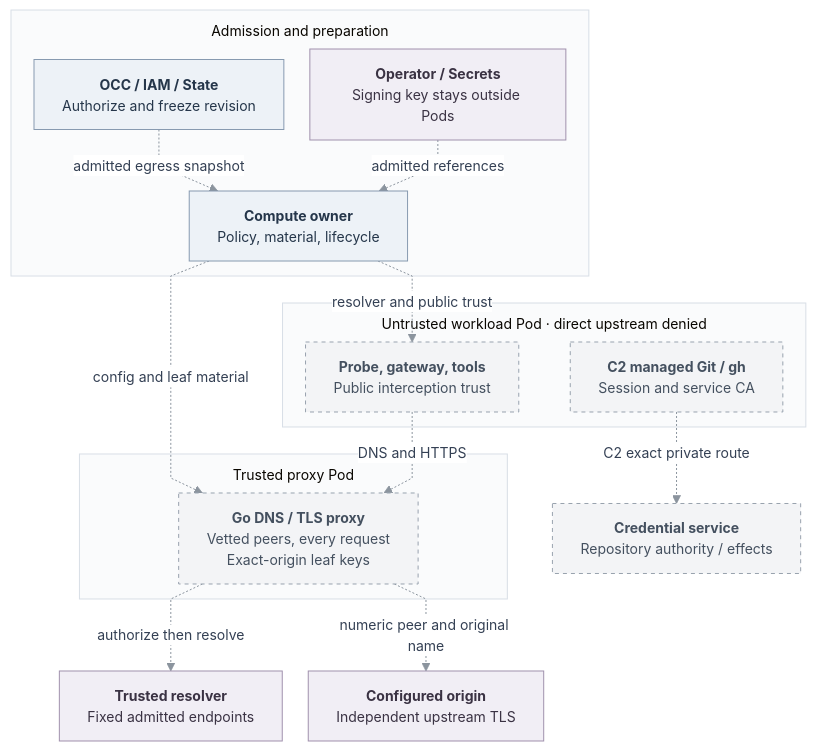
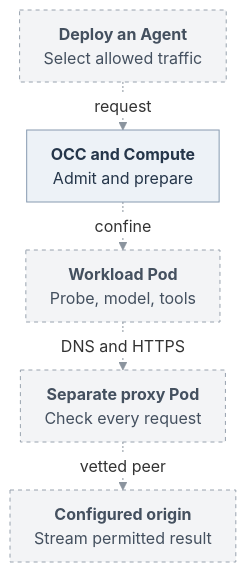
One commit to IsaiahStapleton/openclaw-enterprise changed the diagram in specs/31-basic-egress-proxy.md. Above: the diagram before and after it, drawn with Mermaid. The commit also changed other lines of this file and 7 other files, not shown here.

````diff
--- a/specs/31-basic-egress-proxy.md
+++ b/specs/31-basic-egress-proxy.md
@@ -54,56 +25,30 @@
 ```mermaid
 ---
 config:
   theme: base
   htmlLabels: true
   themeVariables:
-    fontSize: 14px
-    primaryTextColor: "#344054"
+    fontSize: 16px
     lineColor: "#8B949E"
     edgeLabelBackground: "#FFFFFF"
-    clusterBkg: "#FAFBFC"
-    clusterBorder: "#D8DEE6"
   flowchart:
     curve: linear
-    nodeSpacing: 26
-    rankSpacing: 30
-    padding: 14
-    subGraphTitleMargin:
-      top: 10
-      bottom: 14
+    rankSpacing: 24
+    padding: 12
 ---
 flowchart TB
-  subgraph Control["Admission and preparation"]
-    OCC["<b>OCC / IAM / State</b><br/>Authorize and freeze revision"]
-    Compute["<b>Compute owner</b><br/>Policy, material, lifecycle"]
-    Material["<b>Operator / Secrets</b><br/>Signing key stays outside Pods"]
-  end
-  subgraph Workload["Untrusted workload Pod · direct upstream denied"]
-    Agent["<b>Probe, gateway, tools</b><br/>Public interception trust"]
-    Git["<b>C2 managed Git / gh</b><br/>Session and service CA"]
-  end
-  subgraph Mediation["Trusted proxy Pod"]
-    Proxy["<b>Go DNS / TLS proxy</b><br/>Vetted peers, every request<br/>Exact-origin leaf keys"]
-  end
-  GCM["<b>Credential service</b><br/>Repository authority / effects"]
-  Resolver["<b>Trusted resolver</b><br/>Fixed admitted endpoints"]
-  Origin["<b>Configured origin</b><br/>Independent upstream TLS"]
-  OCC -.->|admitted egress snapshot| Compute
-  Material -.->|admitted references| Compute
-  Compute -.->|resolver and public trust| Agent
-  Compute -.->|config and leaf material| Proxy
+  User["<b>Deploy an Agent</b><br/>Select allowed traffic"]
+  Admit["<b>OCC and Compute</b><br/>Admit and prepare"]
+  Agent["<b>Workload Pod</b><br/>Probe, model, tools"]
+  Proxy["<b>Separate proxy Pod</b><br/>Check every request"]
+  Origin["<b>Configured origin</b><br/>Stream permitted result"]
+  User -.->|request| Admit
+  Admit -.->|confine| Agent
   Agent -.->|DNS and HTTPS| Proxy
-  Proxy -.->|authorize then resolve| Resolver
-  Proxy -.->|numeric peer and original name| Origin
-  Git -.->|C2 exact private route| GCM
+  Proxy -.->|vetted peer| Origin
   classDef owner fill:#EDF2F7,stroke:#879AB0,color:#25364A,stroke-width:1px
-  classDef external fill:#F1EEF5,stroke:#A091AD,color:#3A3243,stroke-width:1px
   classDef pending fill:#F3F4F6,stroke:#98A2AE,color:#44505F,stroke-width:1px,stroke-dasharray:4 4
-  class OCC,Compute owner
-  class Material,Resolver,Origin external
-  class Agent,Git,Proxy,GCM pending
-  style Control fill:#FAFBFC,stroke:#D8DEE6,stroke-width:1px
-  style Workload fill:#FAFBFC,stroke:#D8DEE6,stroke-width:1px
-  style Mediation fill:#FAFBFC,stroke:#D8DEE6,stroke-width:1px
+  class Admit owner
+  class User,Agent,Proxy,Origin pending
   linkStyle default stroke:#8B949E,stroke-width:1px
 ```
````
